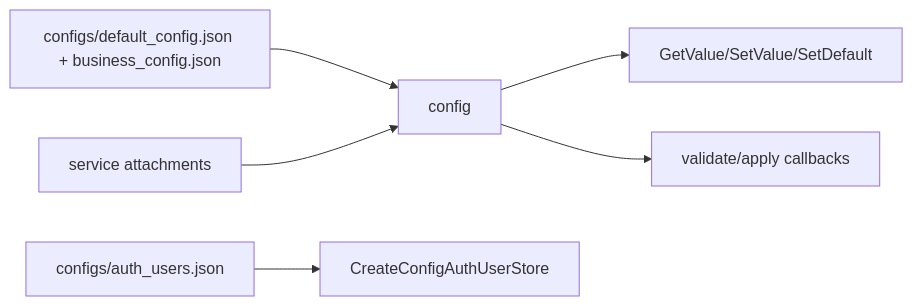
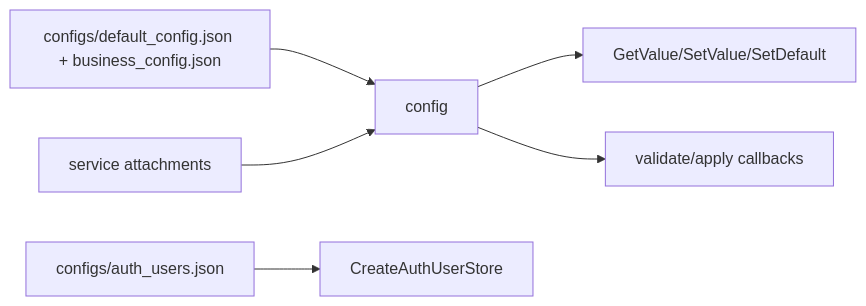
One commit to 373699756/live_stream changed the diagram in docs/libs/config.md. Above: the diagram before and after it, drawn with Mermaid. The commit also changed other lines of this file and 44 other files, not shown here.

````diff
--- a/docs/libs/config.md
+++ b/docs/libs/config.md
@@ -15,8 +15,8 @@
 ```mermaid
 flowchart LR
   Files[configs/default_config.json + business_config.json] --> Config[config]
   Modules[service attachments] --> Config
   Config --> GetSet[GetValue/SetValue/SetDefault]
   Config --> Apply[validate/apply callbacks]
-  AuthUsers[configs/auth_users.json] --> UserStore[CreateConfigAuthUserStore]
+  AuthUsers[configs/auth_users.json] --> UserStore[CreateAuthUserStore]
 ```
````
